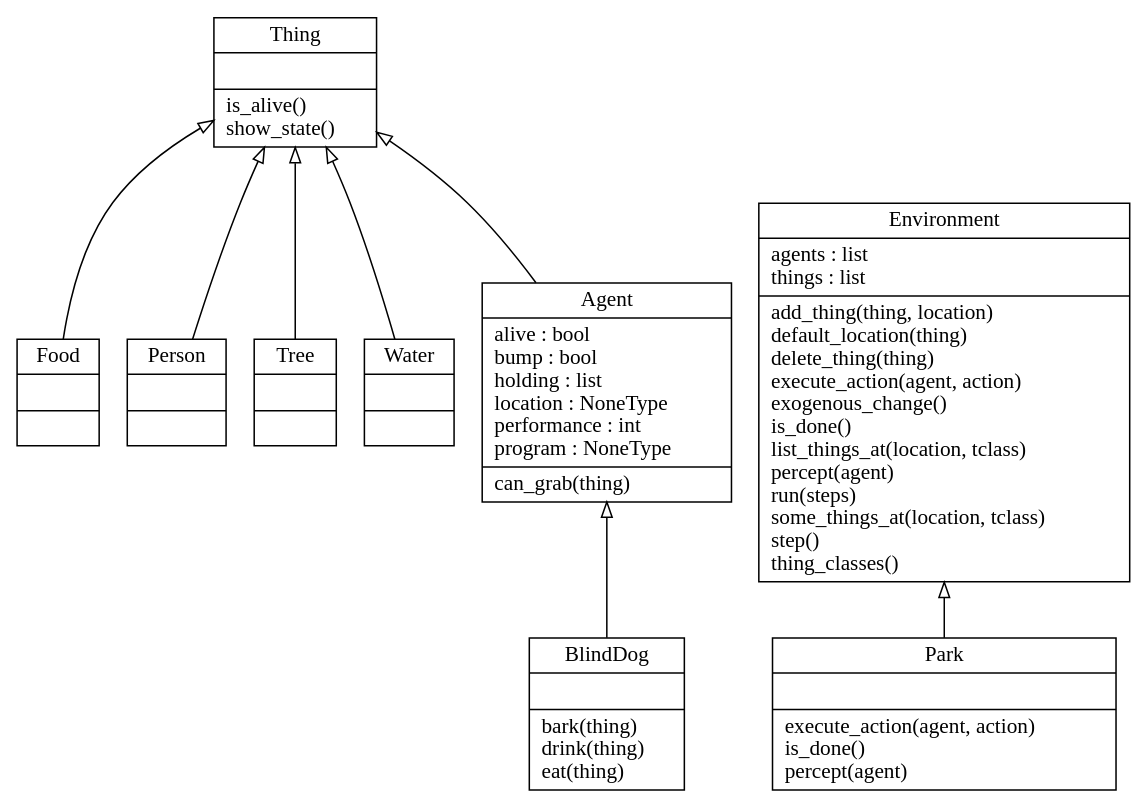
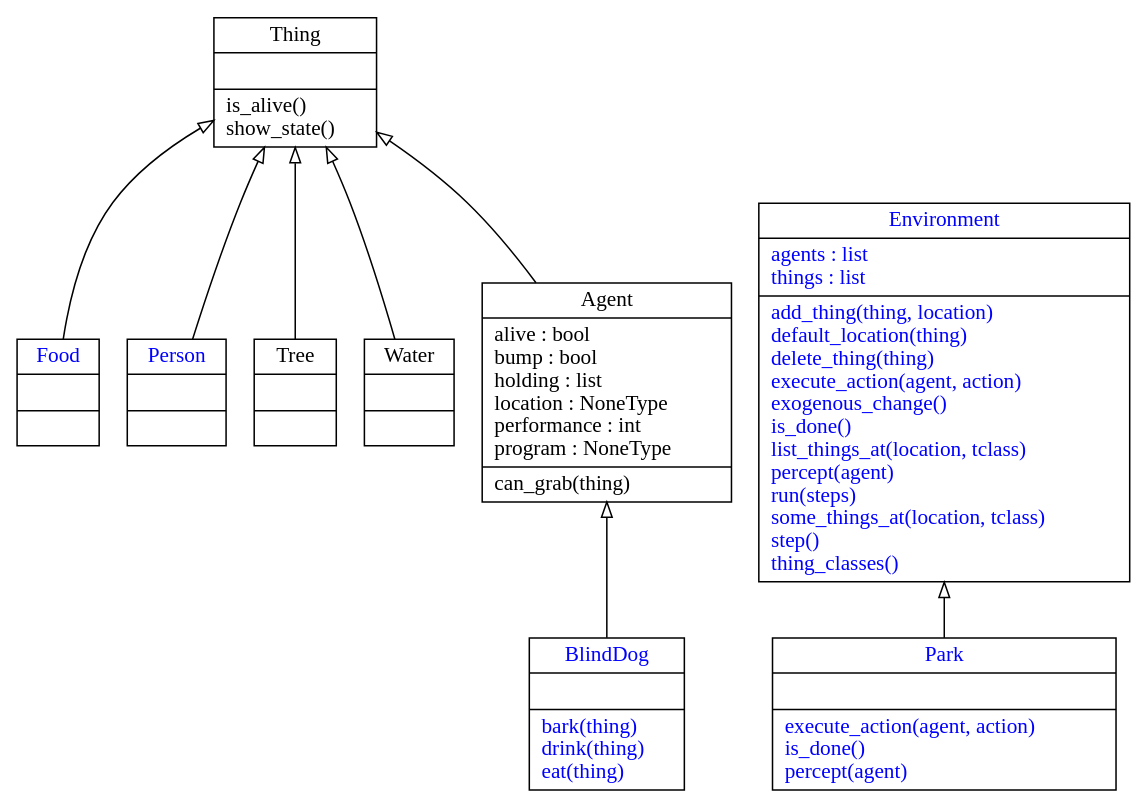
The diagram in classes.dot (xavi-li/COM237-A1), drawn with Graphviz before and after one commit. The commit also changed 2 other files, not shown here.

```diff
--- a/classes.dot
+++ b/classes.dot
@@ -1,20 +1,20 @@
 digraph "classes" {
 rankdir=BT
 charset="utf-8"
-"blinddog_simple_reflex.Agent" [color="black", fontcolor="black", label="{Agent|alive : bool\lbump : bool\lholding : list\llocation : NoneType\lperformance : int\lprogram : NoneType\l|can_grab(thing)\l}", shape="record", style="solid"];
-"blinddog_simple_reflex.BlindDog" [color="black", fontcolor="black", label="{BlindDog|\l|bark(thing)\ldrink(thing)\leat(thing)\l}", shape="record", style="solid"];
-"blinddog_simple_reflex.Environment" [color="black", fontcolor="black", label="{Environment|agents : list\lthings : list\l|add_thing(thing, location)\ldefault_location(thing)\ldelete_thing(thing)\lexecute_action(agent, action)\lexogenous_change()\lis_done()\llist_things_at(location, tclass)\lpercept(agent)\lrun(steps)\lsome_things_at(location, tclass)\lstep()\lthing_classes()\l}", shape="record", style="solid"];
-"blinddog_simple_reflex.Food" [color="black", fontcolor="black", label="{Food|\l|}", shape="record", style="solid"];
-"blinddog_simple_reflex.Park" [color="black", fontcolor="black", label="{Park|\l|execute_action(agent, action)\lis_done()\lpercept(agent)\l}", shape="record", style="solid"];
-"blinddog_simple_reflex.Person" [color="black", fontcolor="black", label="{Person|\l|}", shape="record", style="solid"];
-"blinddog_simple_reflex.Thing" [color="black", fontcolor="black", label="{Thing|\l|is_alive()\lshow_state()\l}", shape="record", style="solid"];
-"blinddog_simple_reflex.Tree" [color="black", fontcolor="black", label="{Tree|\l|}", shape="record", style="solid"];
-"blinddog_simple_reflex.Water" [color="black", fontcolor="black", label="{Water|\l|}", shape="record", style="solid"];
-"blinddog_simple_reflex.Agent" -> "blinddog_simple_reflex.Thing" [arrowhead="empty", arrowtail="none"];
-"blinddog_simple_reflex.BlindDog" -> "blinddog_simple_reflex.Agent" [arrowhead="empty", arrowtail="none"];
-"blinddog_simple_reflex.Food" -> "blinddog_simple_reflex.Thing" [arrowhead="empty", arrowtail="none"];
-"blinddog_simple_reflex.Park" -> "blinddog_simple_reflex.Environment" [arrowhead="empty", arrowtail="none"];
-"blinddog_simple_reflex.Person" -> "blinddog_simple_reflex.Thing" [arrowhead="empty", arrowtail="none"];
-"blinddog_simple_reflex.Tree" -> "blinddog_simple_reflex.Thing" [arrowhead="empty", arrowtail="none"];
-"blinddog_simple_reflex.Water" -> "blinddog_simple_reflex.Thing" [arrowhead="empty", arrowtail="none"];
+"yuenKwan_agent.Agent" [color="black", fontcolor="black", label="{Agent|alive : bool\lbump : bool\lholding : list\llocation : NoneType\lperformance : int\lprogram : NoneType\l|can_grab(thing)\l}", shape="record", style="solid"];
+"yuenKwan_agent.BlindDog" [color="black", fontcolor="blue", label="{BlindDog|\l|bark(thing)\ldrink(thing)\leat(thing)\l}", shape="record", style="solid"];
+"yuenKwan_agent.Environment" [color="black", fontcolor="blue", label="{Environment|agents : list\lthings : list\l|add_thing(thing, location)\ldefault_location(thing)\ldelete_thing(thing)\lexecute_action(agent, action)\lexogenous_change()\lis_done()\llist_things_at(location, tclass)\lpercept(agent)\lrun(steps)\lsome_things_at(location, tclass)\lstep()\lthing_classes()\l}", shape="record", style="solid"];
+"yuenKwan_agent.Food" [color="black", fontcolor="blue", label="{Food|\l|}", shape="record", style="solid"];
+"yuenKwan_agent.Park" [color="black", fontcolor="blue", label="{Park|\l|execute_action(agent, action)\lis_done()\lpercept(agent)\l}", shape="record", style="solid"];
+"yuenKwan_agent.Person" [color="black", fontcolor="blue", label="{Person|\l|}", shape="record", style="solid"];
+"yuenKwan_agent.Thing" [color="black", fontcolor="black", label="{Thing|\l|is_alive()\lshow_state()\l}", shape="record", style="solid"];
+"yuenKwan_agent.Tree" [color="black", fontcolor="black", label="{Tree|\l|}", shape="record", style="solid"];
+"yuenKwan_agent.Water" [color="black", fontcolor="black", label="{Water|\l|}", shape="record", style="solid"];
+"yuenKwan_agent.Agent" -> "yuenKwan_agent.Thing" [arrowhead="empty", arrowtail="none"];
+"yuenKwan_agent.BlindDog" -> "yuenKwan_agent.Agent" [arrowhead="empty", arrowtail="none"];
+"yuenKwan_agent.Food" -> "yuenKwan_agent.Thing" [arrowhead="empty", arrowtail="none"];
+"yuenKwan_agent.Park" -> "yuenKwan_agent.Environment" [arrowhead="empty", arrowtail="none"];
+"yuenKwan_agent.Person" -> "yuenKwan_agent.Thing" [arrowhead="empty", arrowtail="none"];
+"yuenKwan_agent.Tree" -> "yuenKwan_agent.Thing" [arrowhead="empty", arrowtail="none"];
+"yuenKwan_agent.Water" -> "yuenKwan_agent.Thing" [arrowhead="empty", arrowtail="none"];
 }
```
